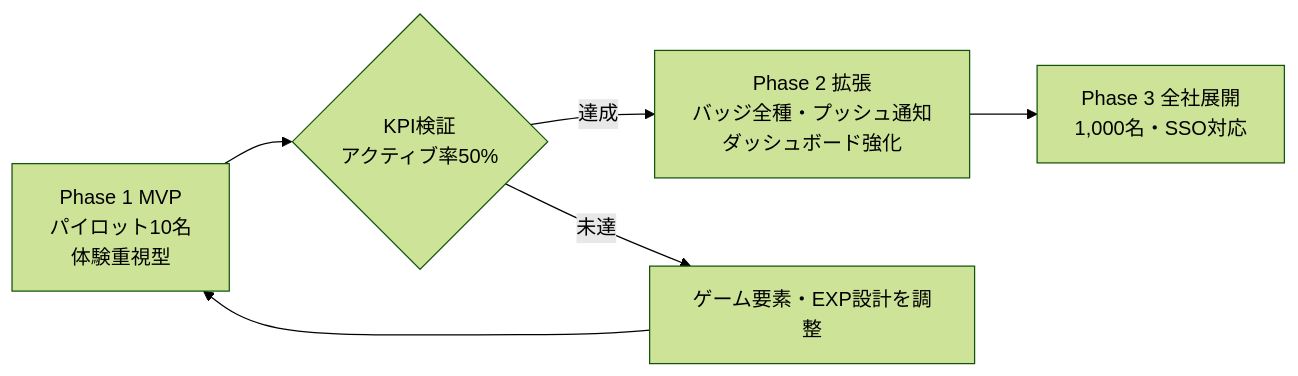
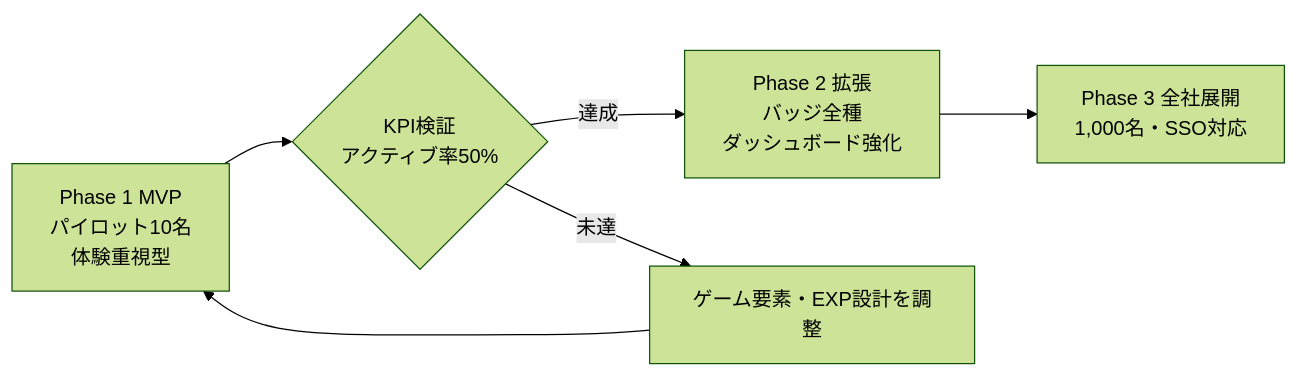
One commit to pocarialice/rpglearning changed the tenth of 10 diagrams in documents/要件定義書_RPG学習アプリ.md. Above: the diagram before and after it, drawn with Mermaid (forest theme). The commit also changed other lines of this file and 9 other files, not shown here.

````diff
--- a/documents/要件定義書_RPG学習アプリ.md
+++ b/documents/要件定義書_RPG学習アプリ.md
@@ -422,8 +417,8 @@
 ```mermaid
 flowchart LR
   P1[Phase 1 MVP<br>パイロット10名<br>体験重視型] --> R1{KPI検証<br>アクティブ率50%}
-  R1 -->|達成| P2[Phase 2 拡張<br>バッジ全種・プッシュ通知<br>ダッシュボード強化]
+  R1 -->|達成| P2[Phase 2 拡張<br>バッジ全種<br>ダッシュボード強化]
   R1 -->|未達| F[ゲーム要素・EXP設計を調整]
   F --> P1
   P2 --> P3[Phase 3 全社展開<br>1,000名・SSO対応]
 ```
````
